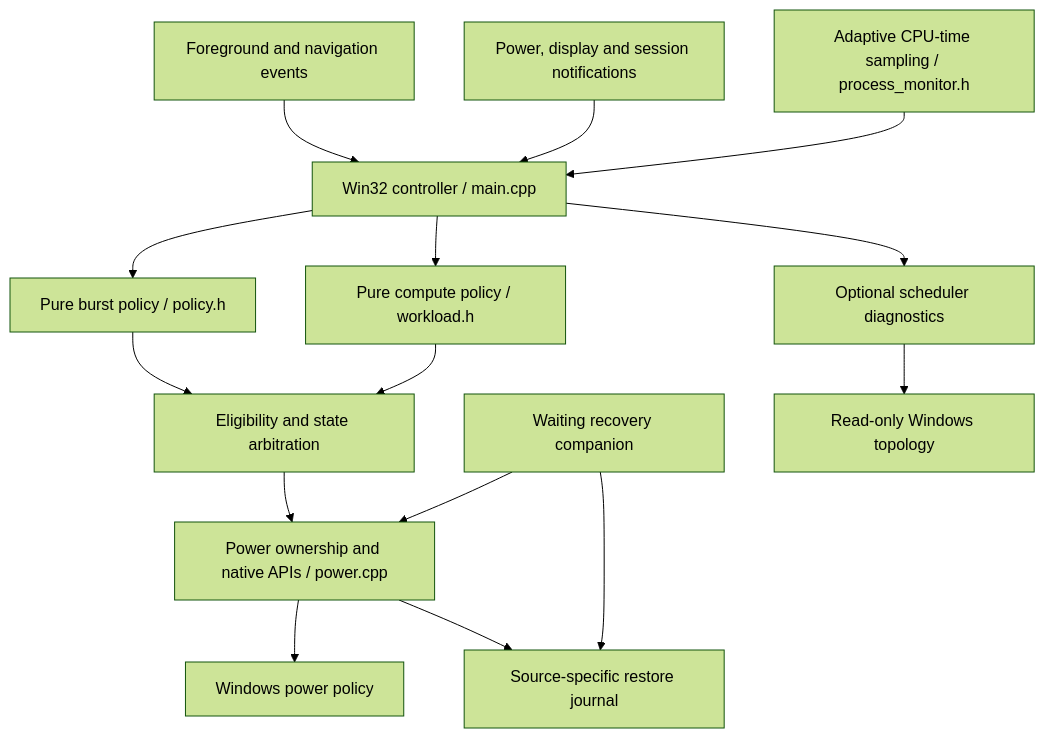
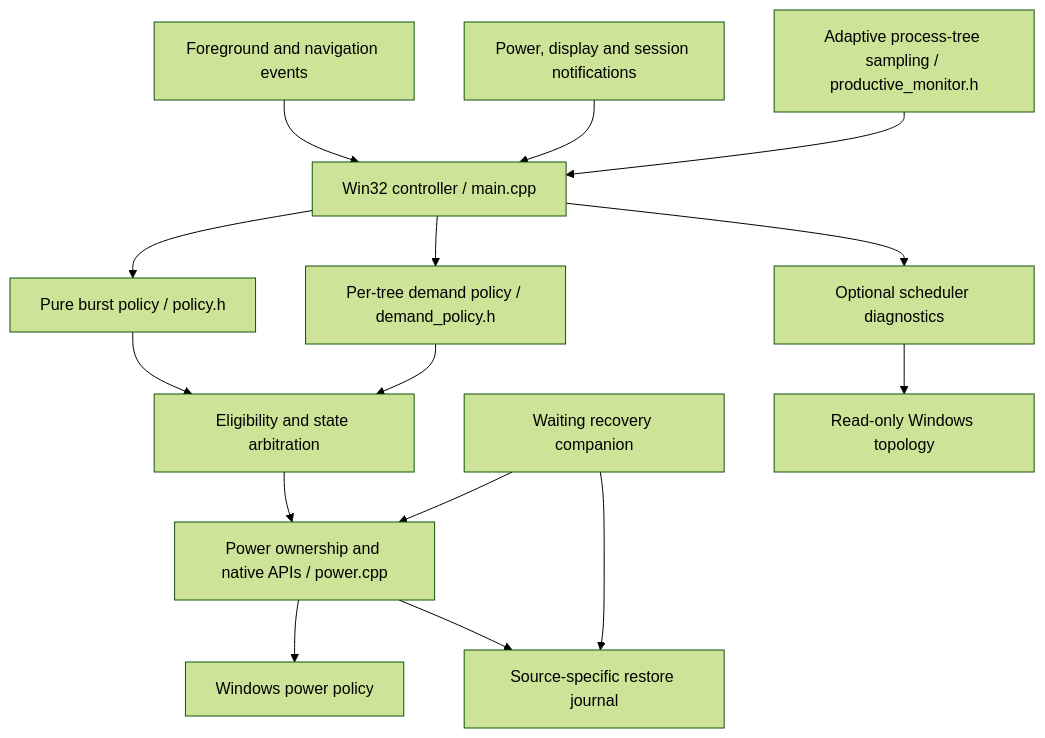
One commit to XEF2ZQ/Pulse changed the diagram in docs/architecture.md. Above: the diagram before and after it, drawn with Mermaid (forest theme). The commit also changed other lines of this file and 16 other files, not shown here.

First line of the commit message:
Improve productive demand detection and retain Best performance during CPU work

````diff
--- a/docs/architecture.md
+++ b/docs/architecture.md
@@ -7,17 +7,17 @@
 ```mermaid
 flowchart TD
     Input[Foreground and navigation events] --> Controller[Win32 controller / main.cpp]
     Source[Power, display and session notifications] --> Controller
-    Samples[Adaptive CPU-time sampling / process_monitor.h] --> Controller
+    Samples[Adaptive process-tree sampling / productive_monitor.h] --> Controller
     Controller --> Burst[Pure burst policy / policy.h]
-    Controller --> Compute[Pure compute policy / workload.h]
+    Controller --> Compute[Per-tree demand policy / demand_policy.h]
     Burst --> Arbitration[Eligibility and state arbitration]
     Compute --> Arbitration
     Arbitration --> Power[Power ownership and native APIs / power.cpp]
     Power --> Windows[Windows power policy]
     Power --> Journal[Source-specific restore journal]
     Guardian[Waiting recovery companion] --> Journal
     Guardian --> Power
     Controller --> Guard[Optional scheduler diagnostics]
     Guard --> Topology[Read-only Windows topology]
 ```
````
